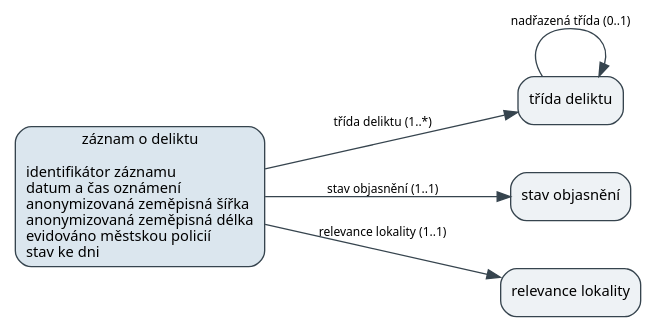
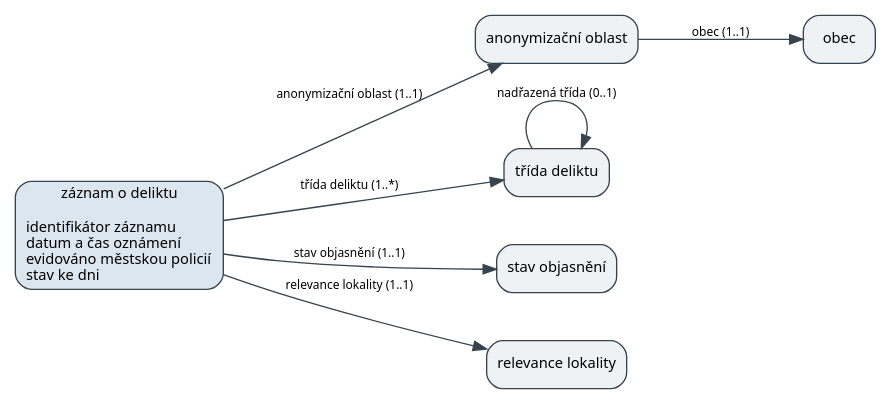
Before and after one commit to jlacko/onto-db-poc: the diagram in docs/img/concepts.dot, drawn with Graphviz. The commit also changed 12 other files, not shown here.

```diff
--- a/docs/img/concepts.dot
+++ b/docs/img/concepts.dot
@@ -1,13 +1,17 @@
 digraph concepts {
   graph [rankdir=LR, fontname="Noto Sans", nodesep=0.5, ranksep=1.1];
   node [shape=box, style="rounded,filled", fillcolor="#eef2f5", color="#36444e", fontname="Noto Sans", fontsize=11];
   edge [color="#36444e", fontname="Noto Sans", fontsize=9];
-  offence_record [label="záznam o deliktu\n\nidentifikátor záznamu\ldatum a čas oznámení\lanonymizovaná zeměpisná šířka\lanonymizovaná zeměpisná délka\levidováno městskou policií\lstav ke dni\l", fillcolor="#dbe6ee"];
+  offence_record [label="záznam o deliktu\n\nidentifikátor záznamu\ldatum a čas oznámení\levidováno městskou policií\lstav ke dni\l", fillcolor="#dbe6ee"];
+  anonymisation_area [label="anonymizační oblast"];
   offence_type [label="třída deliktu"];
   clearance_state [label="stav objasnění"];
   location_relevance [label="relevance lokality"];
+  municipality [label="obec"];
+  offence_record -> anonymisation_area [label="anonymizační oblast (1..1)"];
   offence_record -> clearance_state [label="stav objasnění (1..1)"];
   offence_record -> location_relevance [label="relevance lokality (1..1)"];
   offence_record -> offence_type [label="třída deliktu (1..*)"];
+  anonymisation_area -> municipality [label="obec (1..1)"];
   offence_type -> offence_type [label="nadřazená třída (0..1)"];
 }
```
